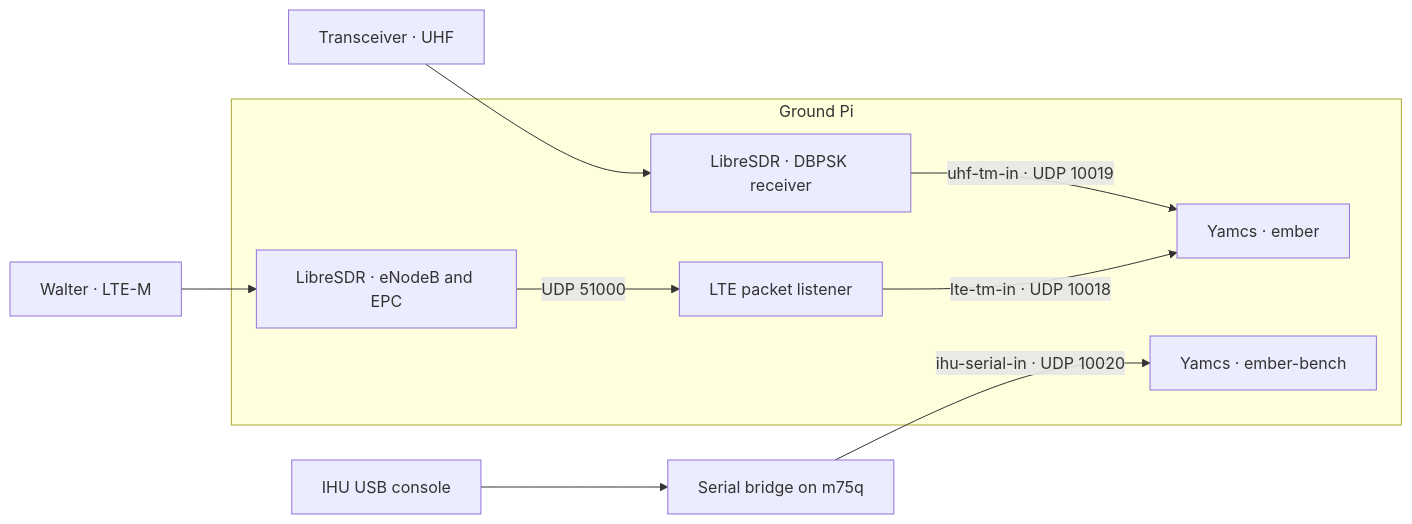
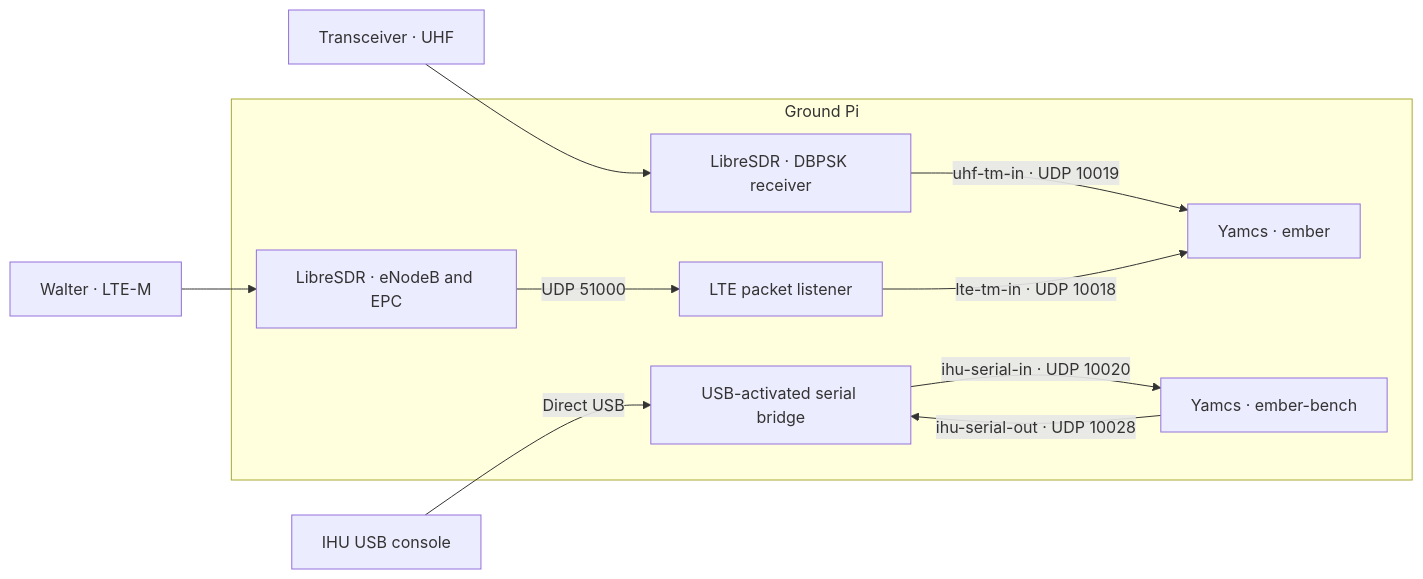
The diagram in ground/README.md (ngrabbs/ember), drawn with Mermaid before and after one commit. The commit also changed other lines of this file and 22 other files, not shown here.

Commit message:
Run the IHU bench serial bridge on the ground Pi

````diff
--- a/ground/README.md
+++ b/ground/README.md
@@ -9,13 +9,13 @@
 ```mermaid
 flowchart LR
     UHF["Transceiver · UHF"] --> DBPSK
     LTE["Walter · LTE-M"] --> Cell
-    IHU["IHU USB console"] --> Bridge["Serial bridge on m75q"]
+    IHU["IHU USB console"] -->|Direct USB| Bridge
     subgraph Pi["Ground Pi"]
         DBPSK["LibreSDR · DBPSK receiver"] -->|uhf-tm-in · UDP 10019| Radio["Yamcs · ember"]
         Cell["LibreSDR · eNodeB and EPC"] -->|UDP 51000| Listener["LTE packet listener"]
         Listener -->|lte-tm-in · UDP 10018| Radio
-        Bench["Yamcs · ember-bench"]
+        Bridge["USB-activated serial bridge"] -->|ihu-serial-in · UDP 10020| Bench["Yamcs · ember-bench"]
+        Bench -->|ihu-serial-out · UDP 10028| Bridge
     end
-    Bridge -->|ihu-serial-in · UDP 10020| Bench
 ```
````
